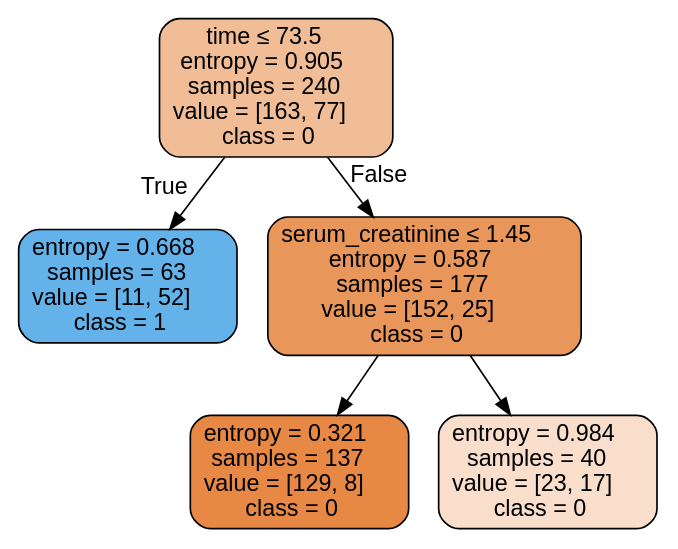
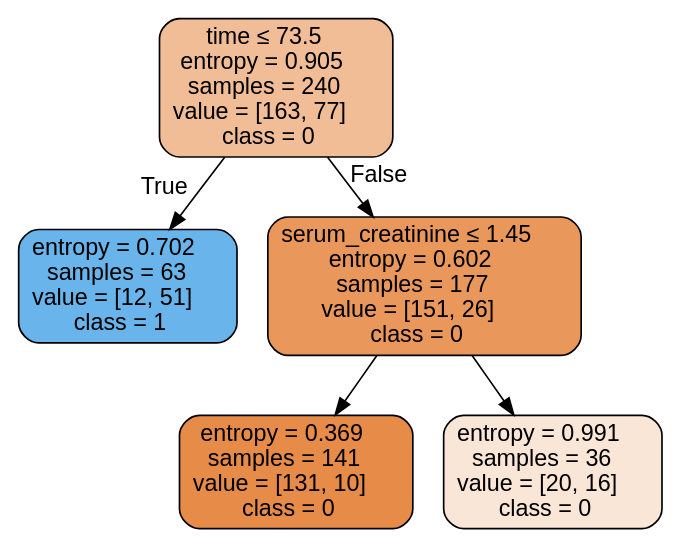
Before and after one commit to isabelSoares/CD-2021: the diagram in Labs/NewClassifiers/Results/DecisionTrees/Original/ - No Outliers & Feature Selection/HFCR - Original - dtree.dot, drawn with Graphviz. The commit also changed 173 other files, not shown here.

```diff
--- a/Labs/NewClassifiers/Results/DecisionTrees/Original/ - No Outliers & Feature Selection/HFCR - Original - dtree.dot
+++ b/Labs/NewClassifiers/Results/DecisionTrees/Original/ - No Outliers & Feature Selection/HFCR - Original - dtree.dot
@@ -1,13 +1,13 @@
 digraph Tree {
 node [shape=box, style="filled, rounded", color="black", fontname=helvetica] ;
 edge [fontname=helvetica] ;
 0 [label=<time &le; 73.5<br/>entropy = 0.905<br/>samples = 240<br/>value = [163, 77]<br/>class = 0>, fillcolor="#f1bd97"] ;
-1 [label=<entropy = 0.668<br/>samples = 63<br/>value = [11, 52]<br/>class = 1>, fillcolor="#63b2ea"] ;
+1 [label=<entropy = 0.702<br/>samples = 63<br/>value = [12, 51]<br/>class = 1>, fillcolor="#68b4eb"] ;
 0 -> 1 [labeldistance=2.5, labelangle=45, headlabel="True"] ;
-2 [label=<serum_creatinine &le; 1.45<br/>entropy = 0.587<br/>samples = 177<br/>value = [152, 25]<br/>class = 0>, fillcolor="#e9965a"] ;
+2 [label=<serum_creatinine &le; 1.45<br/>entropy = 0.602<br/>samples = 177<br/>value = [151, 26]<br/>class = 0>, fillcolor="#e9975b"] ;
 0 -> 2 [labeldistance=2.5, labelangle=-45, headlabel="False"] ;
-3 [label=<entropy = 0.321<br/>samples = 137<br/>value = [129, 8]<br/>class = 0>, fillcolor="#e78945"] ;
+3 [label=<entropy = 0.369<br/>samples = 141<br/>value = [131, 10]<br/>class = 0>, fillcolor="#e78b48"] ;
 2 -> 3 ;
-4 [label=<entropy = 0.984<br/>samples = 40<br/>value = [23, 17]<br/>class = 0>, fillcolor="#f8decb"] ;
+4 [label=<entropy = 0.991<br/>samples = 36<br/>value = [20, 16]<br/>class = 0>, fillcolor="#fae6d7"] ;
 2 -> 4 ;
 }
```
